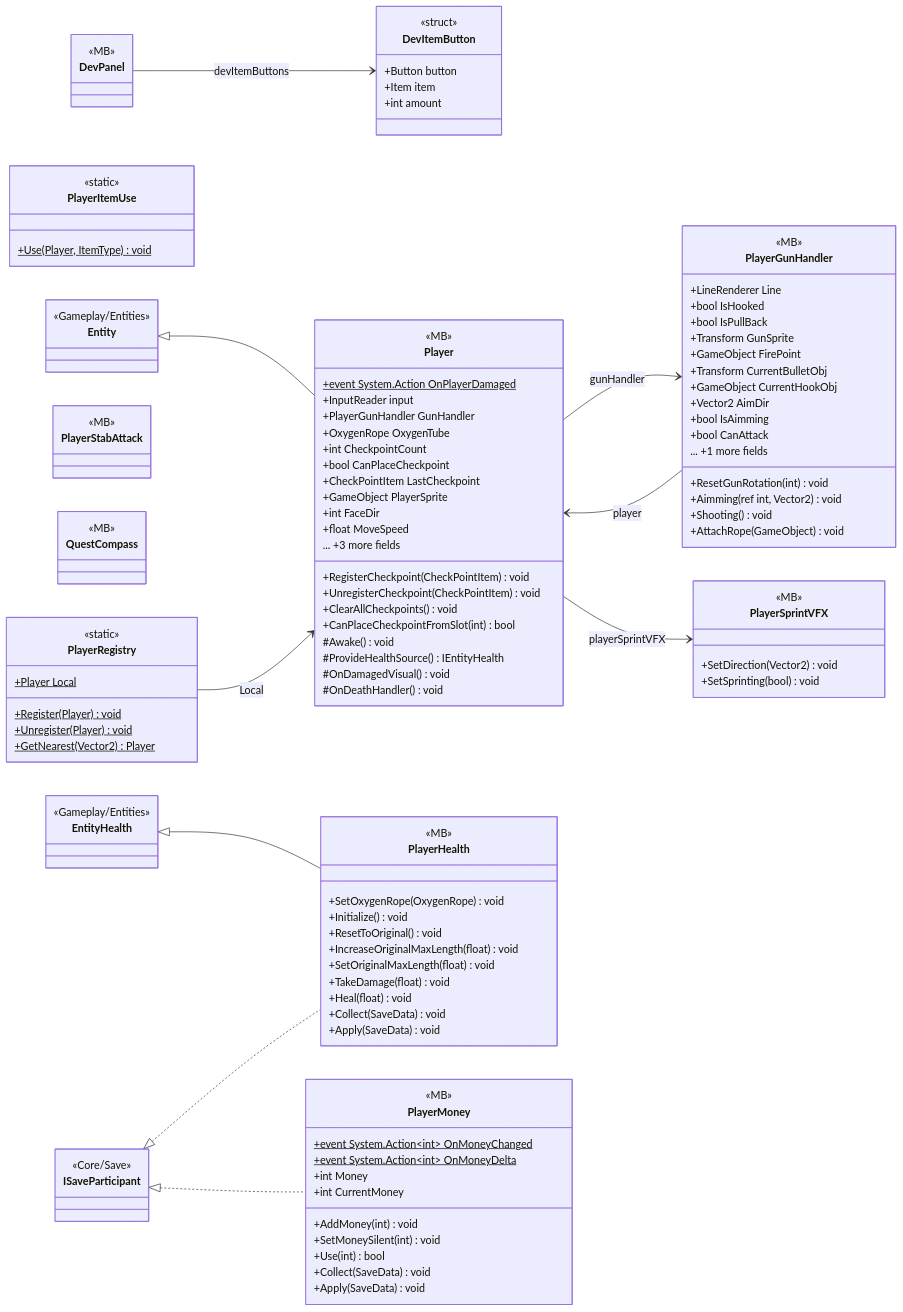
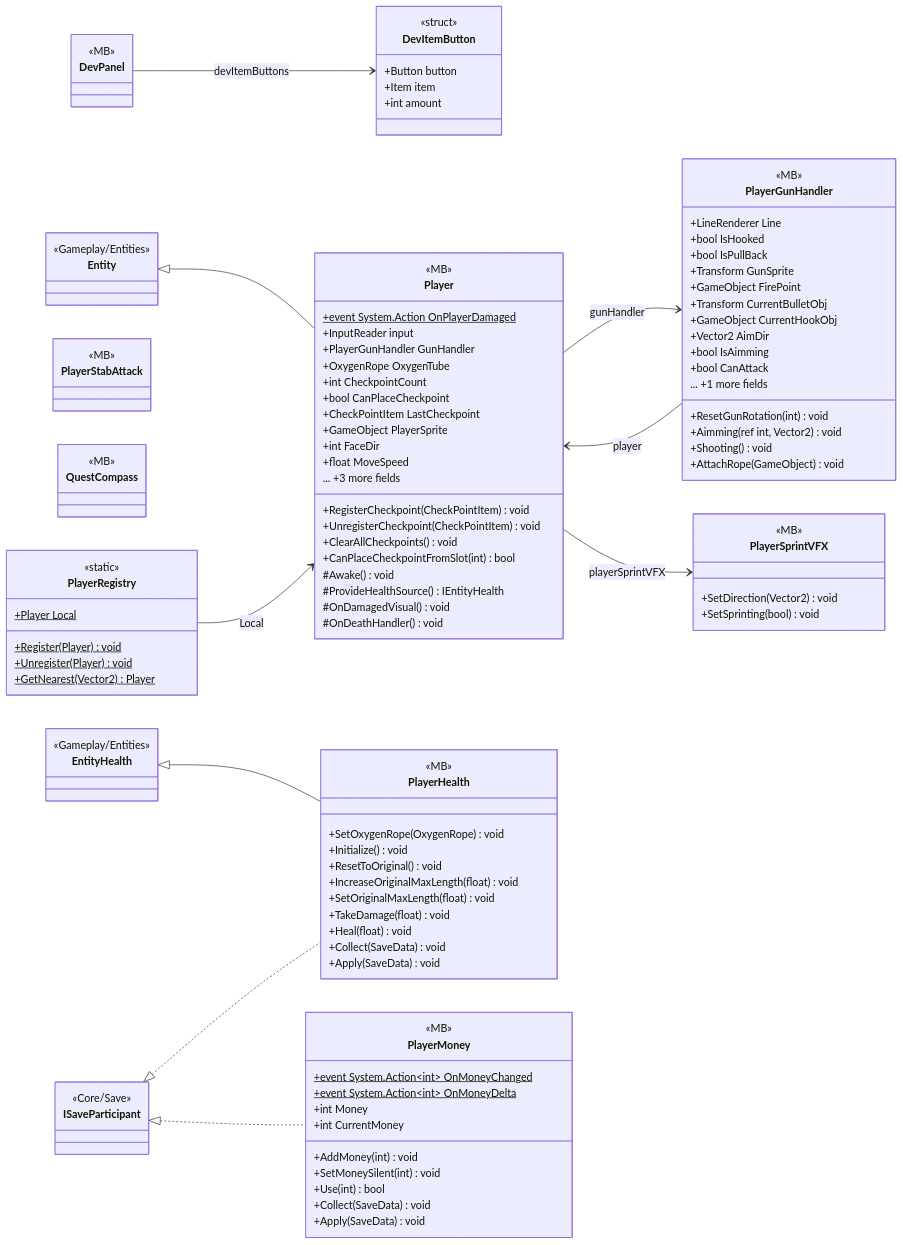
One commit to PhumipatWave/project-ocean changed the diagram in docs/uml/modules/Gameplay_Entities_Players.md. Above: the diagram before and after it, drawn with Mermaid. The commit also changed other lines of this file and 115 other files, not shown here.

```diff
--- a/docs/uml/modules/Gameplay_Entities_Players.md
+++ b/docs/uml/modules/Gameplay_Entities_Players.md
@@ -68,10 +68,6 @@
     +Collect(SaveData) void
     +Apply(SaveData) void
   }
-  class PlayerItemUse {
-    <<static>>
-    +Use(Player, ItemType)$ void
-  }
   class PlayerMoney {
     <<MB>>
     +event System.Action~int~ OnMoneyChanged$
```
